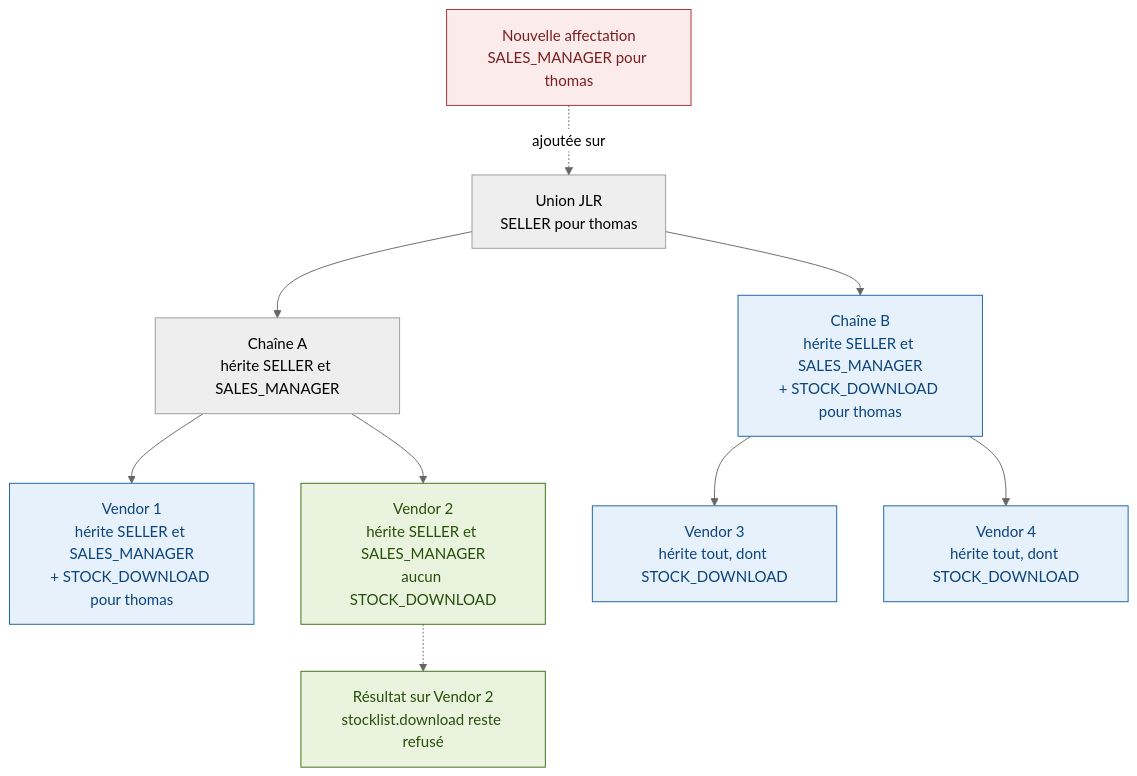
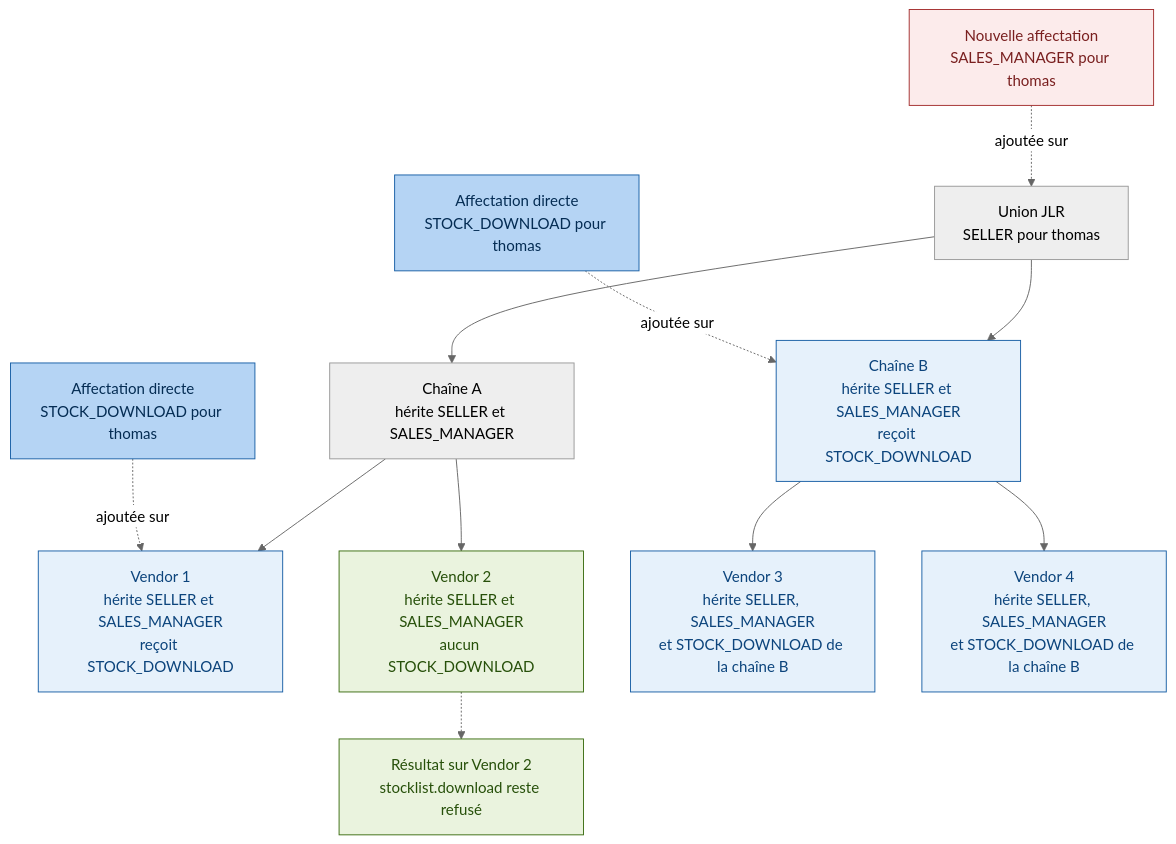
The second of 2 diagrams in docs/Puma conception hetitage.md (max007h/OAuth), drawn with Mermaid (neutral theme) before and after one commit. The commit also changed other lines of this file, not shown here.

Commit message:
Update document on inheritance and permissions

````diff
--- a/docs/Puma conception hetitage.md
+++ b/docs/Puma conception hetitage.md
@@ -73,25 +74,30 @@
 ```mermaid
 flowchart TD
     NEW["Nouvelle affectation<br/>SALES_MANAGER pour thomas"]:::nouveau
+    AB["Affectation directe<br/>STOCK_DOWNLOAD pour thomas"]:::affect
+    A1["Affectation directe<br/>STOCK_DOWNLOAD pour thomas"]:::affect
     U["Union JLR<br/>SELLER pour thomas"]
     CA["Chaîne A<br/>hérite SELLER et SALES_MANAGER"]
-    CB["Chaîne B<br/>hérite SELLER et SALES_MANAGER<br/>+ STOCK_DOWNLOAD pour thomas"]:::download
-    V1["Vendor 1<br/>hérite SELLER et SALES_MANAGER<br/>+ STOCK_DOWNLOAD pour thomas"]:::download
+    CB["Chaîne B<br/>hérite SELLER et SALES_MANAGER<br/>reçoit STOCK_DOWNLOAD"]:::download
+    V1["Vendor 1<br/>hérite SELLER et SALES_MANAGER<br/>reçoit STOCK_DOWNLOAD"]:::download
     V2["Vendor 2<br/>hérite SELLER et SALES_MANAGER<br/>aucun STOCK_DOWNLOAD"]:::protege
-    V3["Vendor 3<br/>hérite tout, dont STOCK_DOWNLOAD"]:::download
-    V4["Vendor 4<br/>hérite tout, dont STOCK_DOWNLOAD"]:::download
+    V3["Vendor 3<br/>hérite SELLER, SALES_MANAGER<br/>et STOCK_DOWNLOAD de la chaîne B"]:::download
+    V4["Vendor 4<br/>hérite SELLER, SALES_MANAGER<br/>et STOCK_DOWNLOAD de la chaîne B"]:::download
     RES["Résultat sur Vendor 2<br/>stocklist.download reste refusé"]:::protege
 
     NEW -. ajoutée sur .-> U
+    AB -. ajoutée sur .-> CB
+    A1 -. ajoutée sur .-> V1
     U --> CA
     U --> CB
     CA --> V1
     CA --> V2
     CB --> V3
     CB --> V4
     V2 -.-> RES
 
     classDef nouveau fill:#FCEBEB,stroke:#A32D2D,color:#791F1F
+    classDef affect fill:#B5D4F4,stroke:#185FA5,color:#042C53
     classDef download fill:#E6F1FB,stroke:#185FA5,color:#0C447C
     classDef protege fill:#EAF3DE,stroke:#3B6D11,color:#27500A
 ```
````
